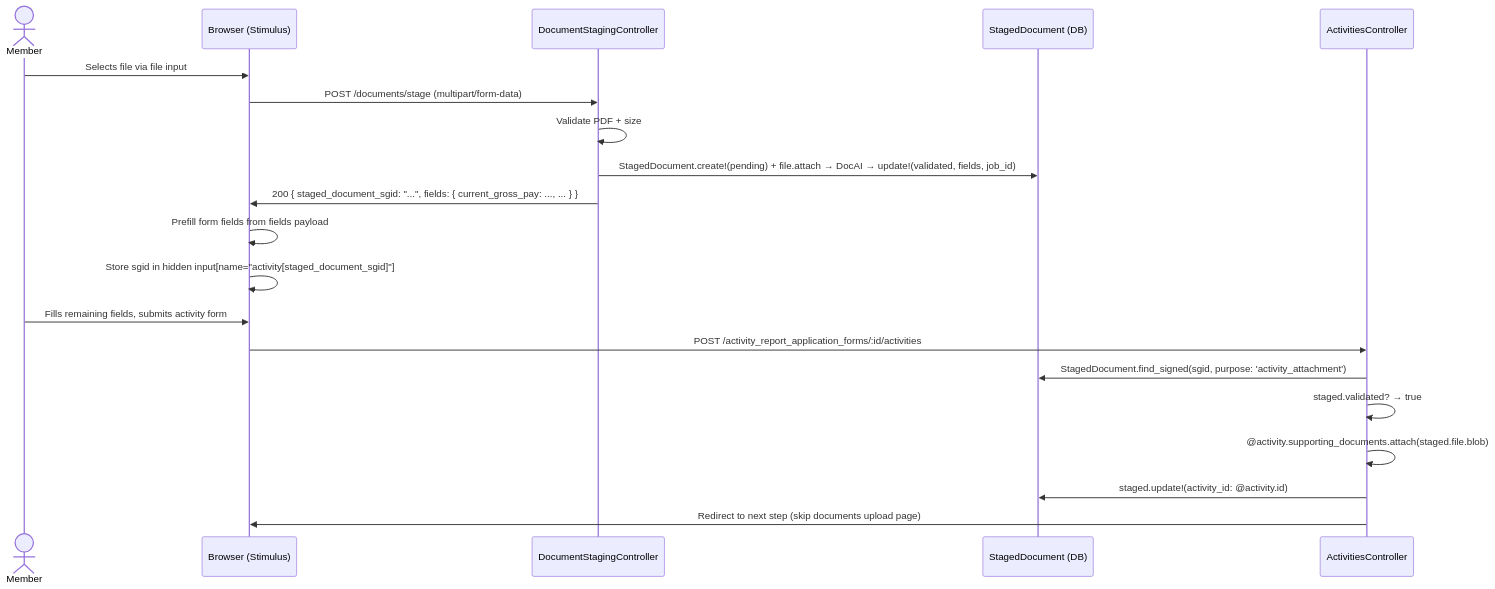
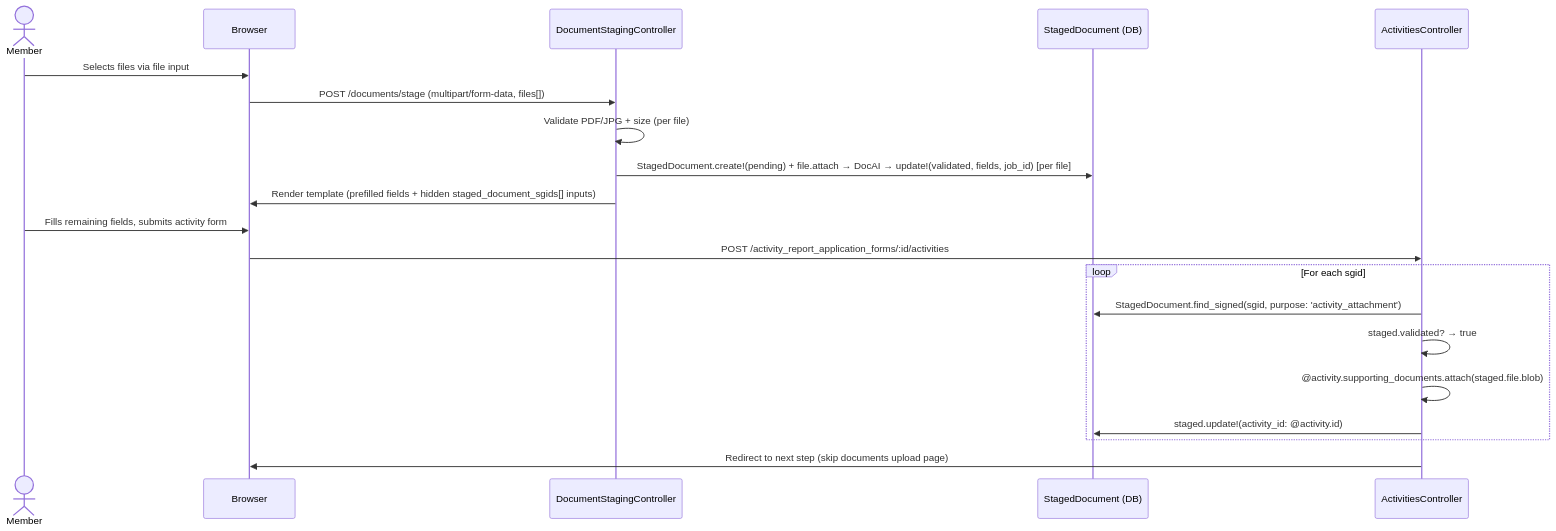
Before and after one commit to navapbc/oscer: the third of 7 diagrams in docs/architecture/doc-ai-integration/doc-ai-api.md, drawn with Mermaid. The commit also changed other lines of this file, not shown here.

````diff
--- a/docs/architecture/doc-ai-integration/doc-ai-api.md
+++ b/docs/architecture/doc-ai-integration/doc-ai-api.md
@@ -153,24 +136,24 @@
 ```mermaid
 sequenceDiagram
     actor Member
-    participant UI as Browser (Stimulus)
+    participant Browser
     participant Staging as DocumentStagingController
     participant DB as StagedDocument (DB)
     participant Activities as ActivitiesController
 
-    Member->>UI: Selects file via file input
-    UI->>Staging: POST /documents/stage (multipart/form-data)
-    Staging->>Staging: Validate PDF + size
-    Staging->>DB: StagedDocument.create!(pending) + file.attach → DocAI → update!(validated, fields, job_id)
-    Staging->>UI: 200 { staged_document_sgid: "...", fields: { current_gross_pay: ..., ... } }
-    UI->>UI: Prefill form fields from fields payload
-    UI->>UI: Store sgid in hidden input[name="activity[staged_document_sgid]"]
+    Member->>Browser: Selects files via file input
+    Browser->>Staging: POST /documents/stage (multipart/form-data, files[])
+    Staging->>Staging: Validate PDF/JPG + size (per file)
+    Staging->>DB: StagedDocument.create!(pending) + file.attach → DocAI → update!(validated, fields, job_id) [per file]
+    Staging->>Browser: Render template (prefilled fields + hidden staged_document_sgids[] inputs)
 
-    Member->>UI: Fills remaining fields, submits activity form
-    UI->>Activities: POST /activity_report_application_forms/:id/activities
-    Activities->>DB: StagedDocument.find_signed(sgid, purpose: 'activity_attachment')
-    Activities->>Activities: staged.validated? → true
-    Activities->>Activities: @activity.supporting_documents.attach(staged.file.blob)
-    Activities->>DB: staged.update!(activity_id: @activity.id)
-    Activities->>UI: Redirect to next step (skip documents upload page)
+    Member->>Browser: Fills remaining fields, submits activity form
+    Browser->>Activities: POST /activity_report_application_forms/:id/activities
+    loop For each sgid
+        Activities->>DB: StagedDocument.find_signed(sgid, purpose: 'activity_attachment')
+        Activities->>Activities: staged.validated? → true
+        Activities->>Activities: @activity.supporting_documents.attach(staged.file.blob)
+        Activities->>DB: staged.update!(activity_id: @activity.id)
+    end
+    Activities->>Browser: Redirect to next step (skip documents upload page)
 ```
````
